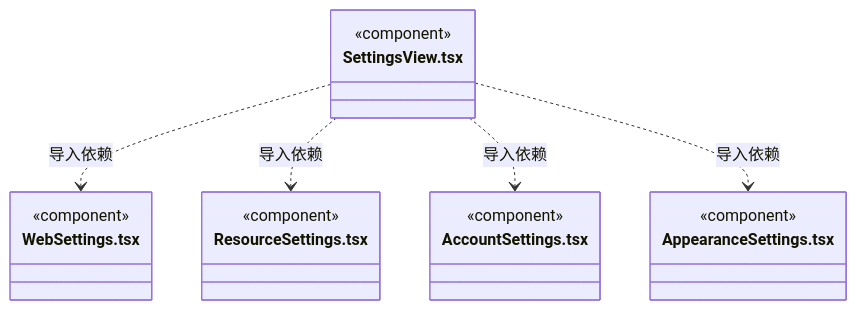
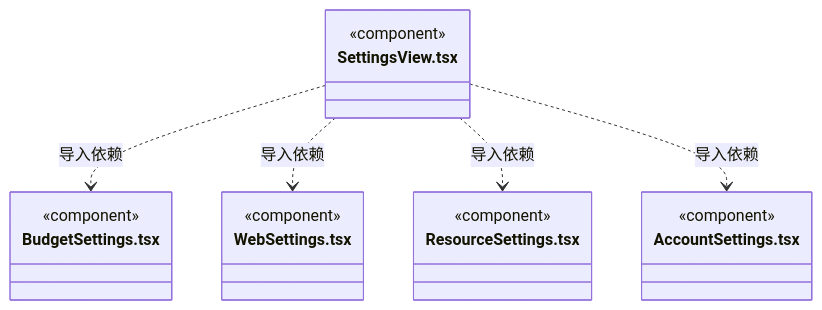
One commit to nan023062/cbim changed diagram 31 of 34 in src/view/settings/ARCHITECTURE.md. Above: the diagram before and after it, drawn with Mermaid. The commit also changed other lines of this file and 8 other files, not shown here.

````diff
--- a/src/view/settings/ARCHITECTURE.md
+++ b/src/view/settings/ARCHITECTURE.md
@@ -475,22 +491,22 @@
 ```mermaid
 classDiagram
 class N_src_view_settings_SettingsView_tsx["SettingsView.tsx"] {
+  <<component>>
+}
+class N_src_view_settings_BudgetSettings_tsx["BudgetSettings.tsx"] {
   <<component>>
 }
 class N_src_view_settings_WebSettings_tsx["WebSettings.tsx"] {
   <<component>>
 }
 class N_src_view_settings_ResourceSettings_tsx["ResourceSettings.tsx"] {
   <<component>>
 }
 class N_src_view_settings_AccountSettings_tsx["AccountSettings.tsx"] {
   <<component>>
 }
-class N_src_view_settings_AppearanceSettings_tsx["AppearanceSettings.tsx"] {
-  <<component>>
-}
+N_src_view_settings_SettingsView_tsx ..> N_src_view_settings_BudgetSettings_tsx : 导入依赖
 N_src_view_settings_SettingsView_tsx ..> N_src_view_settings_WebSettings_tsx : 导入依赖
 N_src_view_settings_SettingsView_tsx ..> N_src_view_settings_ResourceSettings_tsx : 导入依赖
 N_src_view_settings_SettingsView_tsx ..> N_src_view_settings_AccountSettings_tsx : 导入依赖
-N_src_view_settings_SettingsView_tsx ..> N_src_view_settings_AppearanceSettings_tsx : 导入依赖
 ```
````
